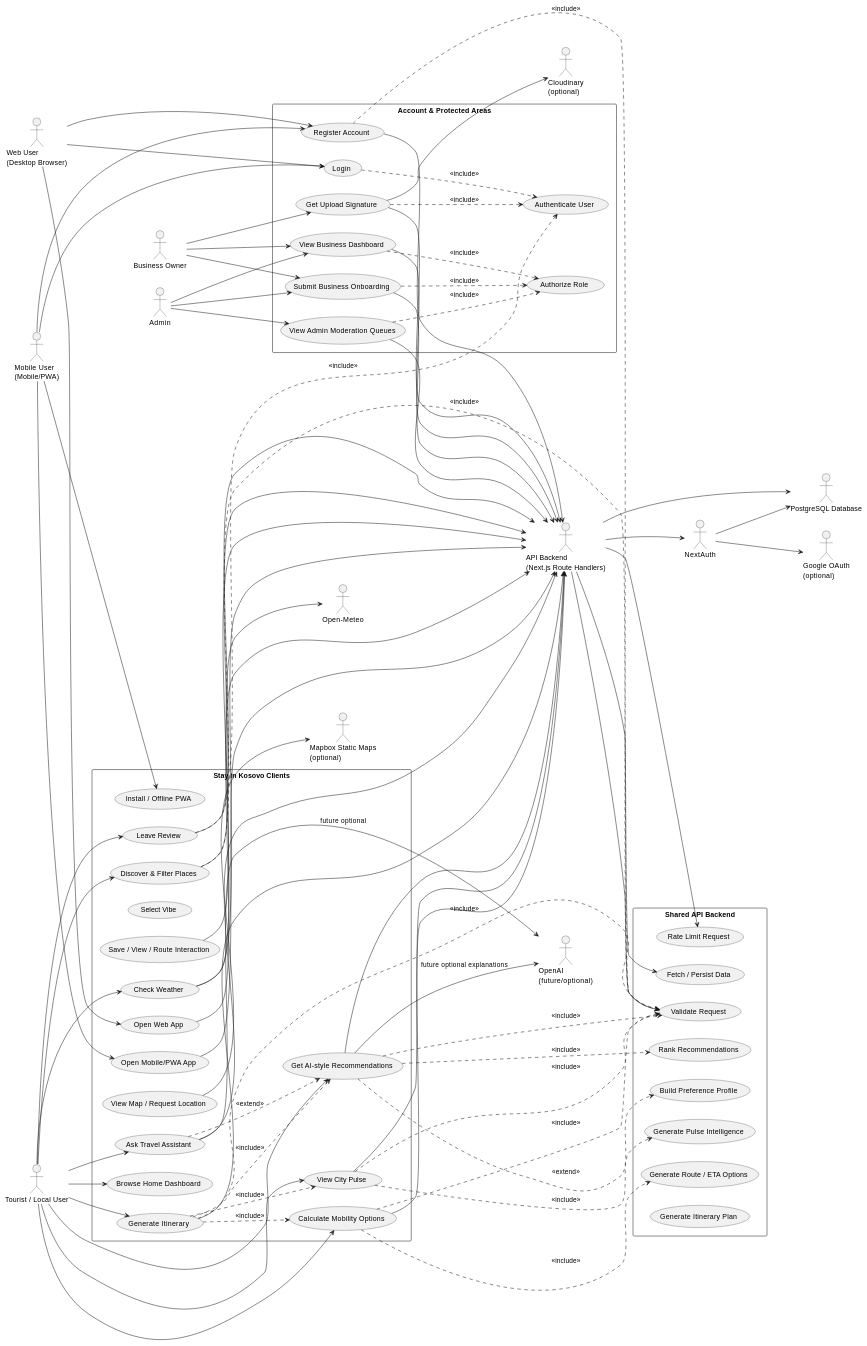
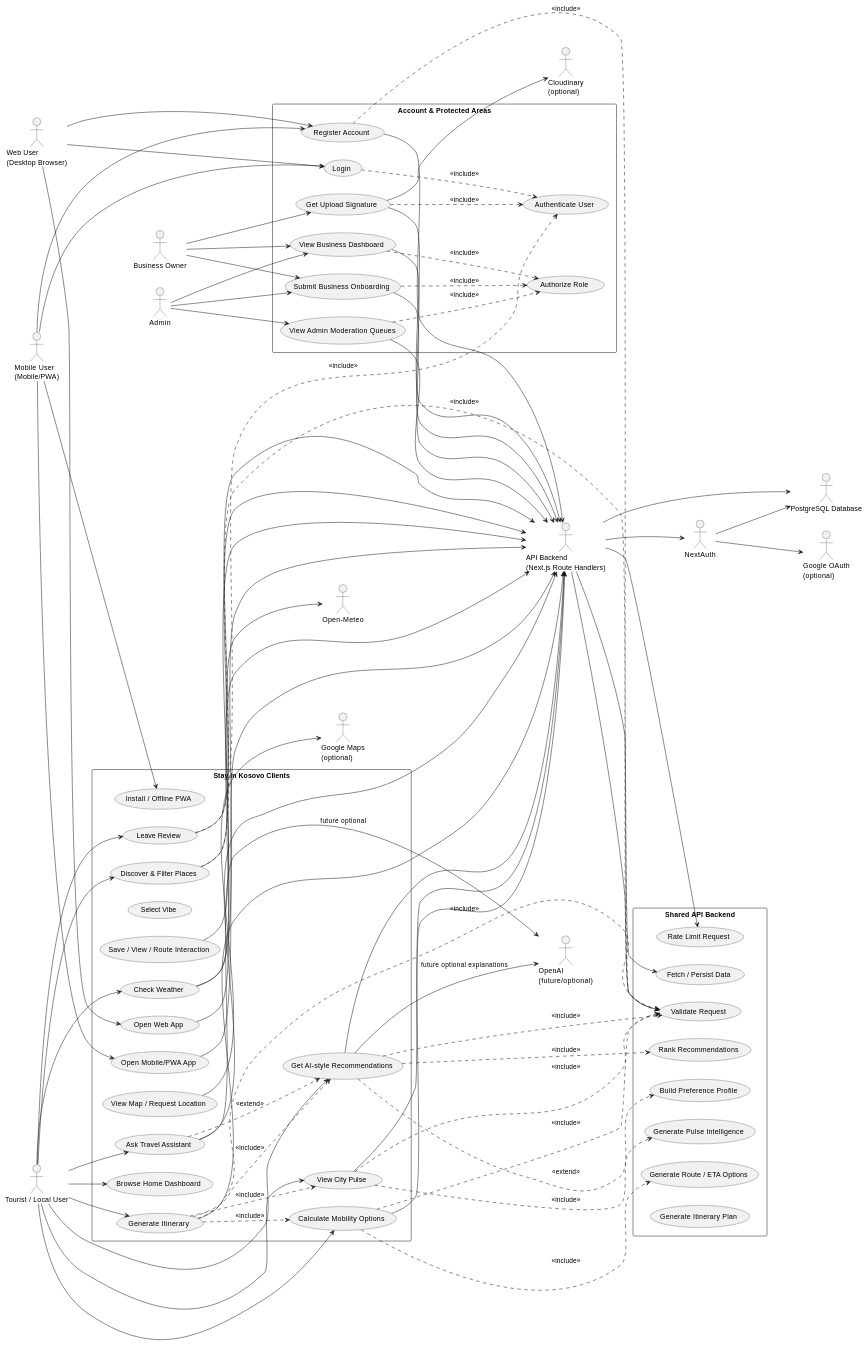
One commit to melosalidema/stay-in-kosovo changed the first of 2 diagrams in docs/system-use-case-overview.md. Above: the diagram before and after it, drawn with PlantUML. The commit also changed other lines of this file and 44 other files, not shown here.

```diff
--- a/docs/system-use-case-overview.md
+++ b/docs/system-use-case-overview.md
@@ -28,7 +28,7 @@
 actor "NextAuth" as Auth
 actor "Google OAuth\n(optional)" as Google
 actor "Open-Meteo" as Weather
-actor "Mapbox Static Maps\n(optional)" as Mapbox
+actor "Google Maps\n(optional)" as Maps
 actor "Cloudinary\n(optional)" as Cloudinary
 actor "OpenAI\n(future/optional)" as OpenAI
 
@@ -143,7 +143,7 @@
 Auth --> DB
 Auth --> Google
 UC_Weather --> Weather
-UC_Map --> Mapbox
+UC_Map --> Maps
 UC_Upload --> Cloudinary
 UC_Assistant --> OpenAI : future optional
 UC_Recs --> OpenAI : future optional explanations
```
